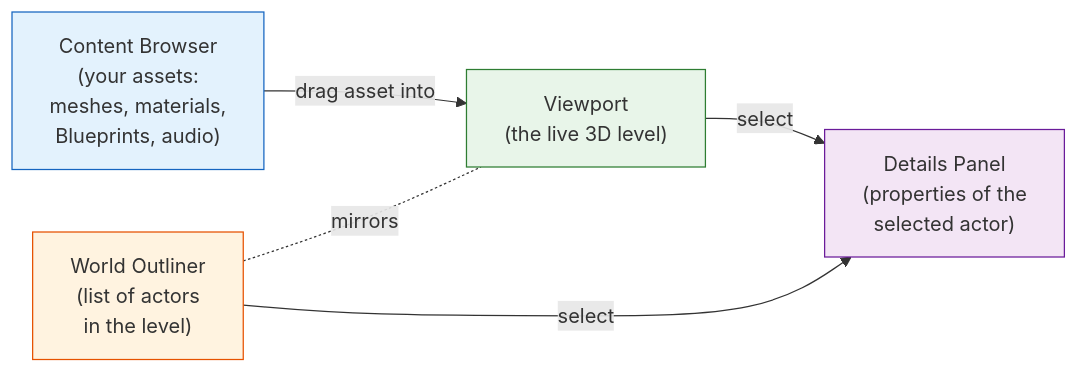
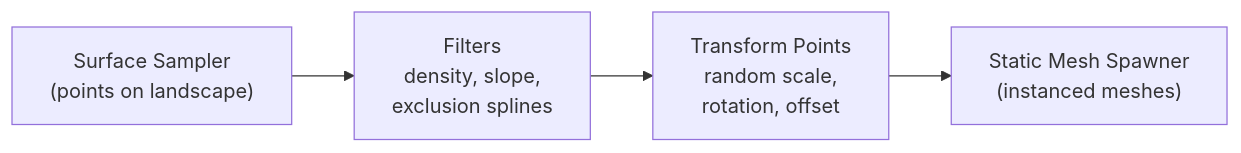
One commit to AndrewAltimit/Documentation changed the fifth of 6 diagrams in github-pages/docs/technology/unreal.md. Above: the diagram before and after it, drawn with Mermaid. The commit also changed other lines of this file and 240 other files, not shown here.

````diff
--- a/github-pages/docs/technology/unreal.md
+++ b/github-pages/docs/technology/unreal.md
@@ -152,15 +406,6 @@
 ```mermaid
 flowchart LR
-    CB["Content Browser<br/>(your assets:<br/>meshes, materials,<br/>Blueprints, audio)"]
-    VP["Viewport<br/>(the live 3D level)"]
-    WO["World Outliner<br/>(list of actors<br/>in the level)"]
-    DP["Details Panel<br/>(properties of the<br/>selected actor)"]
-    CB -->|drag asset into| VP
-    VP -->|select| DP
-    WO -->|select| DP
-    WO -.mirrors.- VP
-    style CB fill:#e3f2fd,stroke:#1565c0
-    style VP fill:#e8f5e9,stroke:#2e7d32
-    style WO fill:#fff3e0,stroke:#e65100
-    style DP fill:#f3e5f5,stroke:#6a1b9a
+    S["Surface Sampler<br/>(points on landscape)"] --> F["Filters<br/>density, slope,<br/>exclusion splines"]
+    F --> T["Transform Points<br/>random scale,<br/>rotation, offset"]
+    T --> M["Static Mesh Spawner<br/>(instanced meshes)"]
 ```
````
